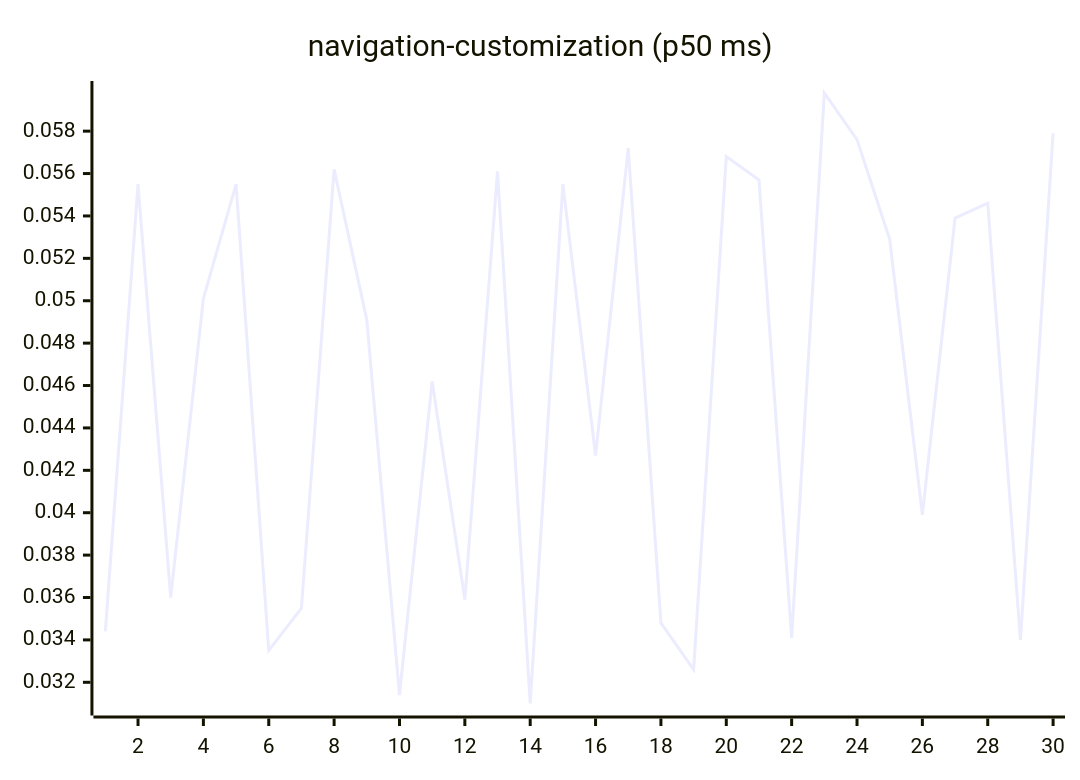
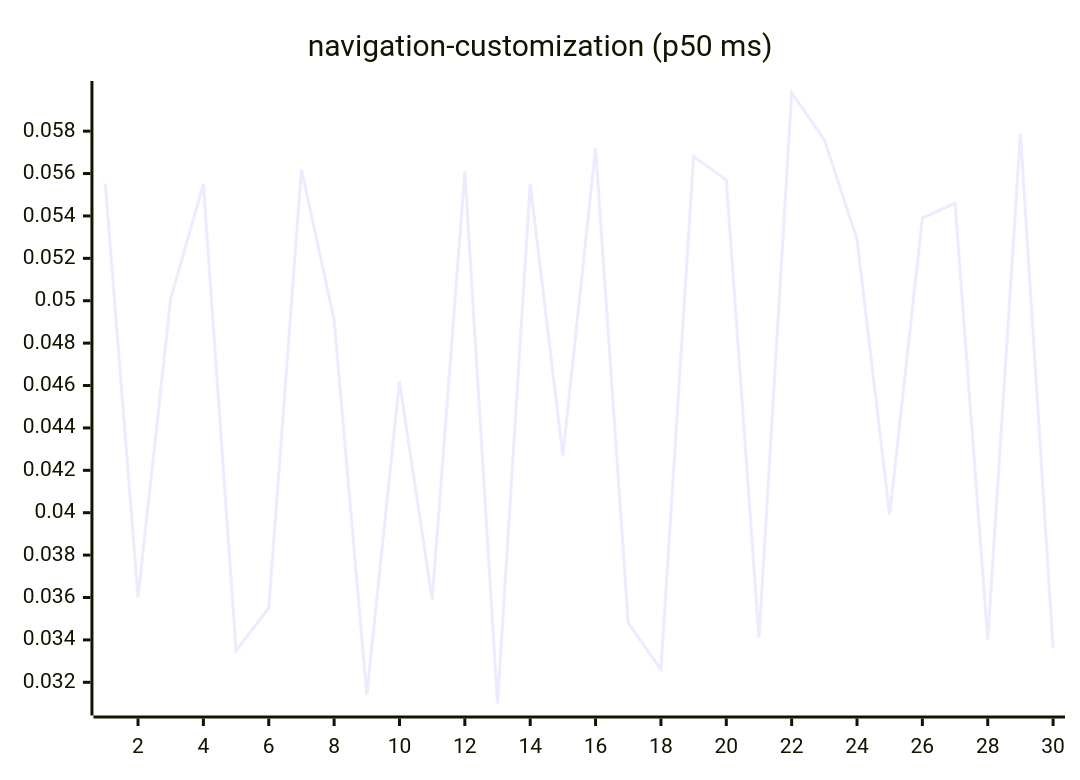
Before and after one commit to josha/Facet: diagram 15 of 27 in README.md, drawn with Mermaid. The commit also changed other lines of this file and 2 other files, not shown here.

````diff
--- a/README.md
+++ b/README.md
@@ -161,6 +161,6 @@
 ```mermaid
 xychart-beta
     title "navigation-customization (p50 ms)"
     x-axis 1 --> 30
-    line [0.0344, 0.0555, 0.0360, 0.0501, 0.0555, 0.0335, 0.0355, 0.0562, 0.0491, 0.0314, 0.0462, 0.0359, 0.0561, 0.0310, 0.0555, 0.0427, 0.0572, 0.0348, 0.0326, 0.0568, 0.0557, 0.0341, 0.0598, 0.0576, 0.0529, 0.0399, 0.0539, 0.0546, 0.0340, 0.0579]
+    line [0.0555, 0.0360, 0.0501, 0.0555, 0.0335, 0.0355, 0.0562, 0.0491, 0.0314, 0.0462, 0.0359, 0.0561, 0.0310, 0.0555, 0.0427, 0.0572, 0.0348, 0.0326, 0.0568, 0.0557, 0.0341, 0.0598, 0.0576, 0.0529, 0.0399, 0.0539, 0.0546, 0.0340, 0.0579, 0.0336]
 ```
````
